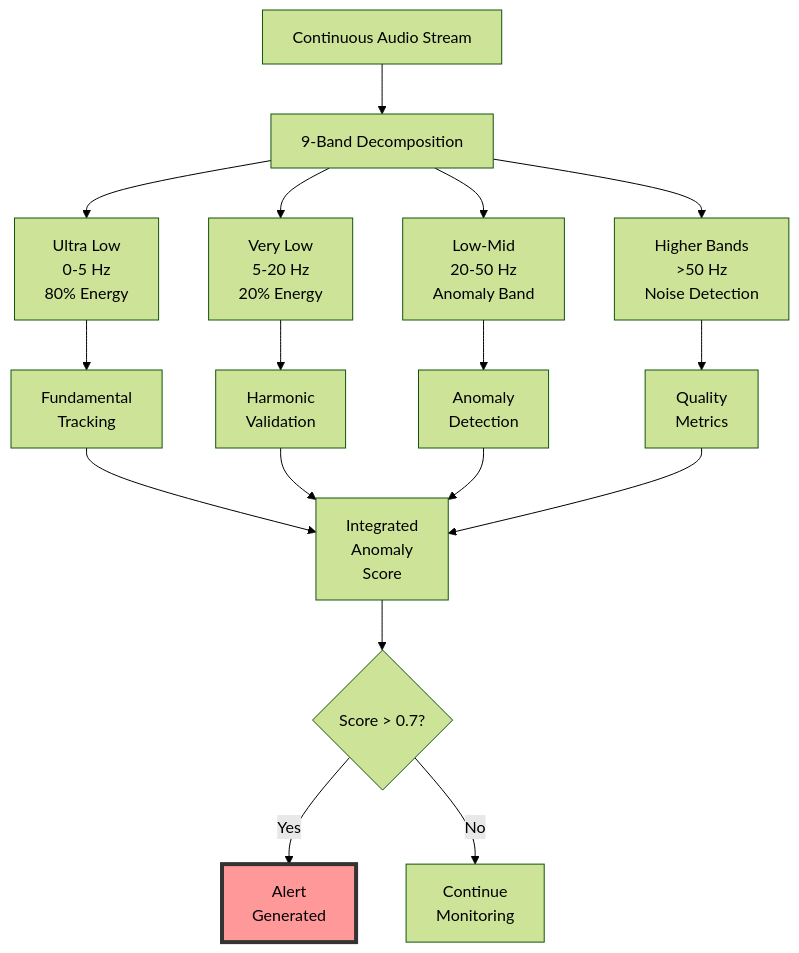
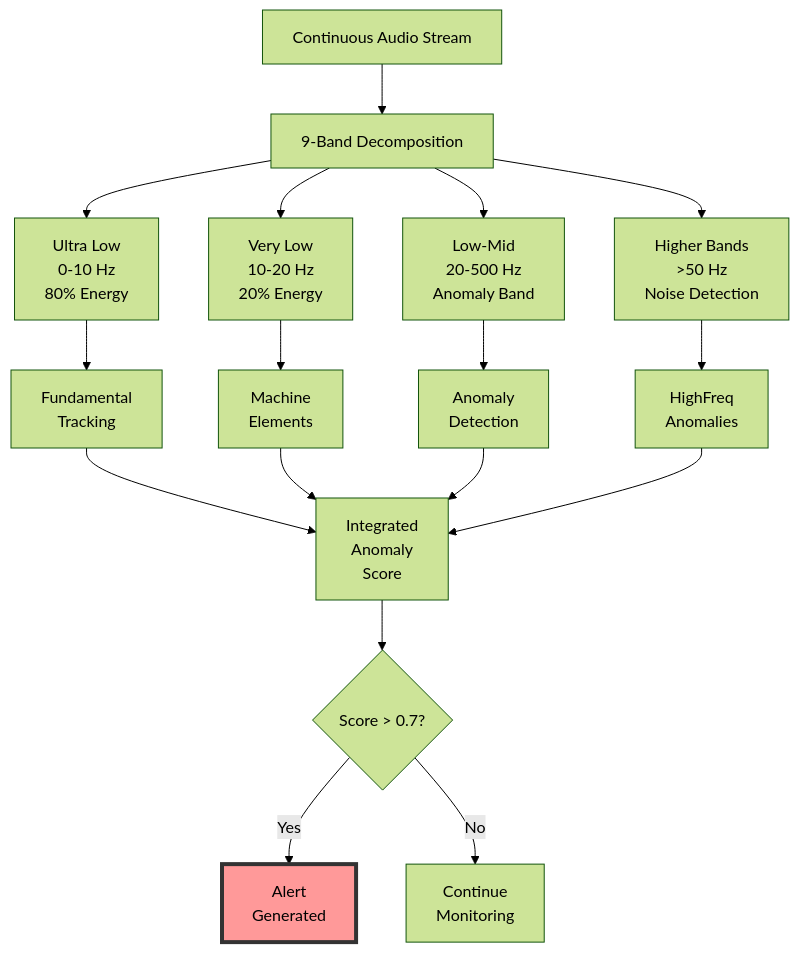
One commit to wonder-dmercadal/PublicReports changed the sixth of 11 diagrams in HESS_Report.md. Above: the diagram before and after it, drawn with Mermaid (forest theme). The commit also changed other lines of this file, not shown here.

````diff
--- a/HESS_Report.md
+++ b/HESS_Report.md
@@ -275,24 +273,24 @@
 ```mermaid
 flowchart TB
     A[Continuous Audio Stream] --> B[9-Band Decomposition]
-    B --> C1[Ultra Low<br/>0-5 Hz<br/>80% Energy]
-    B --> C2[Very Low<br/>5-20 Hz<br/>20% Energy]
-    B --> C3[Low-Mid<br/>20-50 Hz<br/>Anomaly Band]
+    B --> C1[Ultra Low<br/>0-10 Hz<br/>80% Energy]
+    B --> C2[Very Low<br/>10-20 Hz<br/>20% Energy]
+    B --> C3[Low-Mid<br/>20-500 Hz<br/>Anomaly Band]
     B --> C4[Higher Bands<br/>>50 Hz<br/>Noise Detection]
     
     C1 --> D[Fundamental<br/>Tracking]
-    C2 --> E[Harmonic<br/>Validation]
+    C2 --> E[Machine<br/>Elements]
     C3 --> F[Anomaly<br/>Detection]
-    C4 --> G[Quality<br/>Metrics]
+    C4 --> G[HighFreq<br/>Anomalies]
     
     D --> H[Integrated<br/>Anomaly<br/>Score]
     E --> H
     F --> H
     G --> H
     
     H --> I{Score > 0.7?}
     I -->|Yes| J[Alert<br/>Generated]
     I -->|No| K[Continue<br/>Monitoring]
     
     style J fill:#f99,stroke:#333,stroke-width:4px
 ```
````
